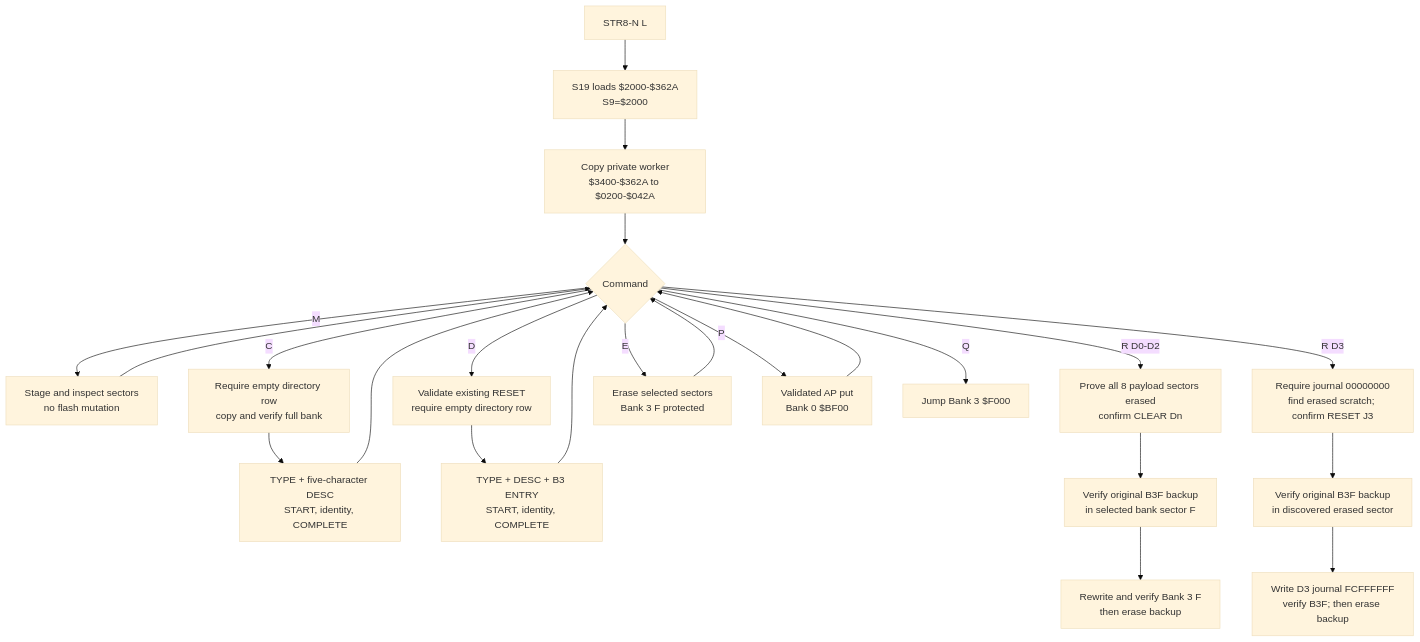
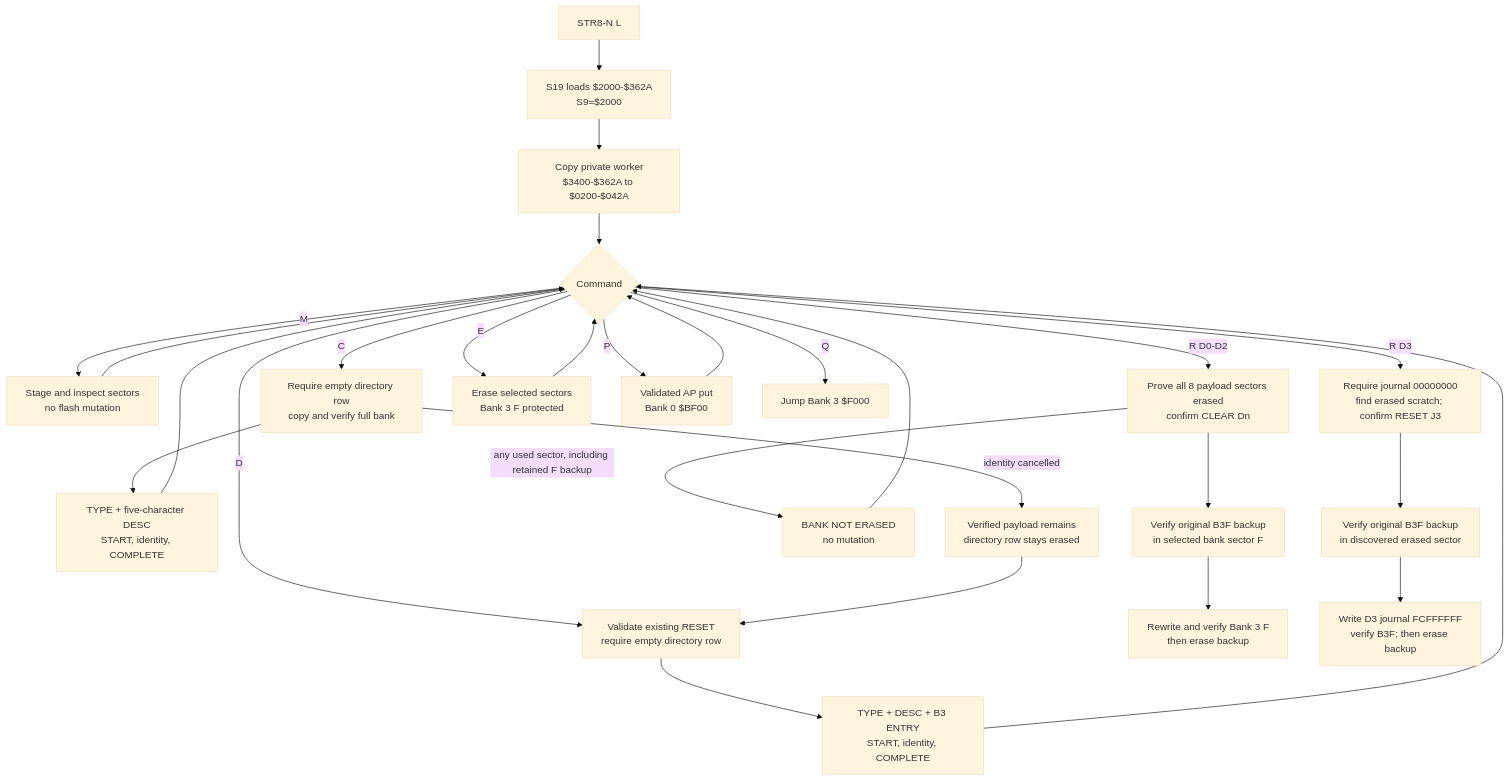
Before and after one commit to 95westus/STR8-N: the tenth of 12 diagrams in docs/MAPS.md, drawn with Mermaid (base theme). The commit also changed other lines of this file and 85 other files, not shown here.

````diff
--- a/docs/MAPS.md
+++ b/docs/MAPS.md
@@ -296,25 +296,29 @@
 ```mermaid
 flowchart TD
     L[STR8-N L] --> S[S19 loads $2000-$362A<br/>S9=$2000]
     S --> B[Copy private worker<br/>$3400-$362A to $0200-$042A]
     B --> M{Command}
     M -->|M| MAP[Stage and inspect sectors<br/>no flash mutation]
     M -->|C| COPY[Require empty directory row<br/>copy and verify full bank]
     COPY --> ID[TYPE + five-character DESC<br/>START, identity, COMPLETE]
+    COPY -->|identity cancelled| PAYLOAD[Verified payload remains<br/>directory row stays erased]
     M -->|D| ADOPT[Validate existing RESET<br/>require empty directory row]
+    PAYLOAD --> ADOPT
     ADOPT --> ID2[TYPE + DESC + B3 ENTRY<br/>START, identity, COMPLETE]
     M -->|R D0-D2| RECLAIM[Prove all 8 payload sectors erased<br/>confirm CLEAR Dn]
+    RECLAIM -->|any used sector, including retained F backup| REFUSE[BANK NOT ERASED<br/>no mutation]
     M -->|R D3| COMPACT[Require journal 00000000<br/>find erased scratch; confirm RESET J3]
     RECLAIM --> BACKUP[Verify original B3F backup<br/>in selected bank sector F]
     COMPACT --> BACKUP2[Verify original B3F backup<br/>in discovered erased sector]
     BACKUP --> TOP[Rewrite and verify Bank 3 F<br/>then erase backup]
     BACKUP2 --> TOP2[Write D3 journal FCFFFFFF<br/>verify B3F; then erase backup]
     M -->|E| ERASE[Erase selected sectors<br/>Bank 3 F protected]
     M -->|P| AP[Validated AP put<br/>Bank 0 $BF00]
     M -->|Q| Q[Jump Bank 3 $F000]
     MAP --> M
     ID --> M
     ID2 --> M
+    REFUSE --> M
     ERASE --> M
     AP --> M
 ```
````
